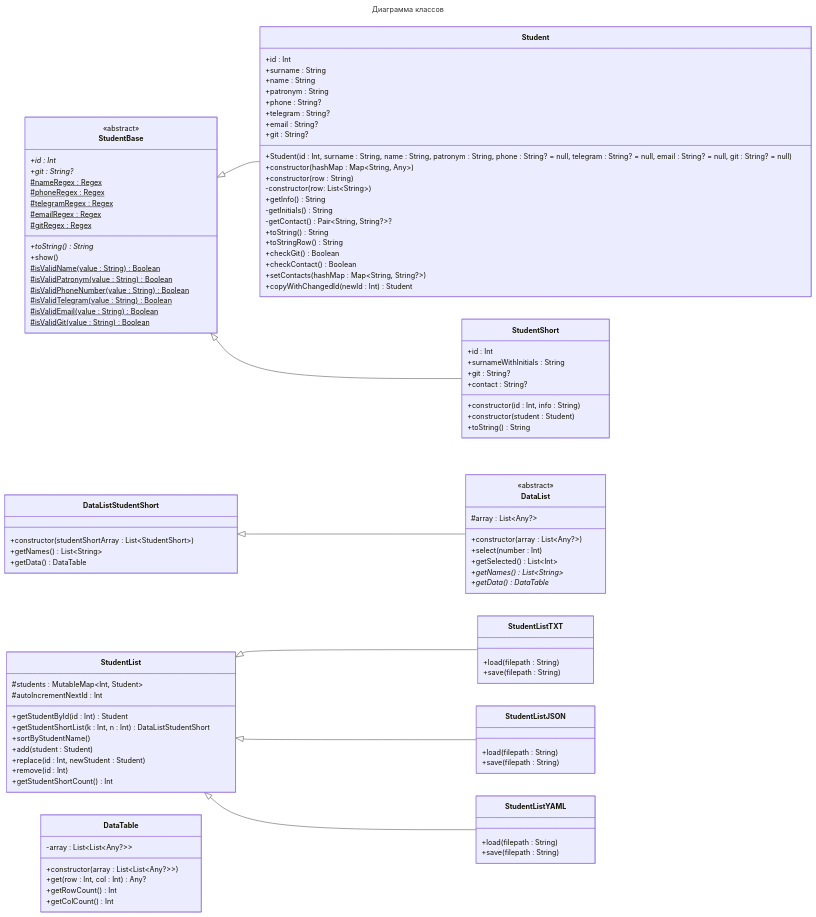
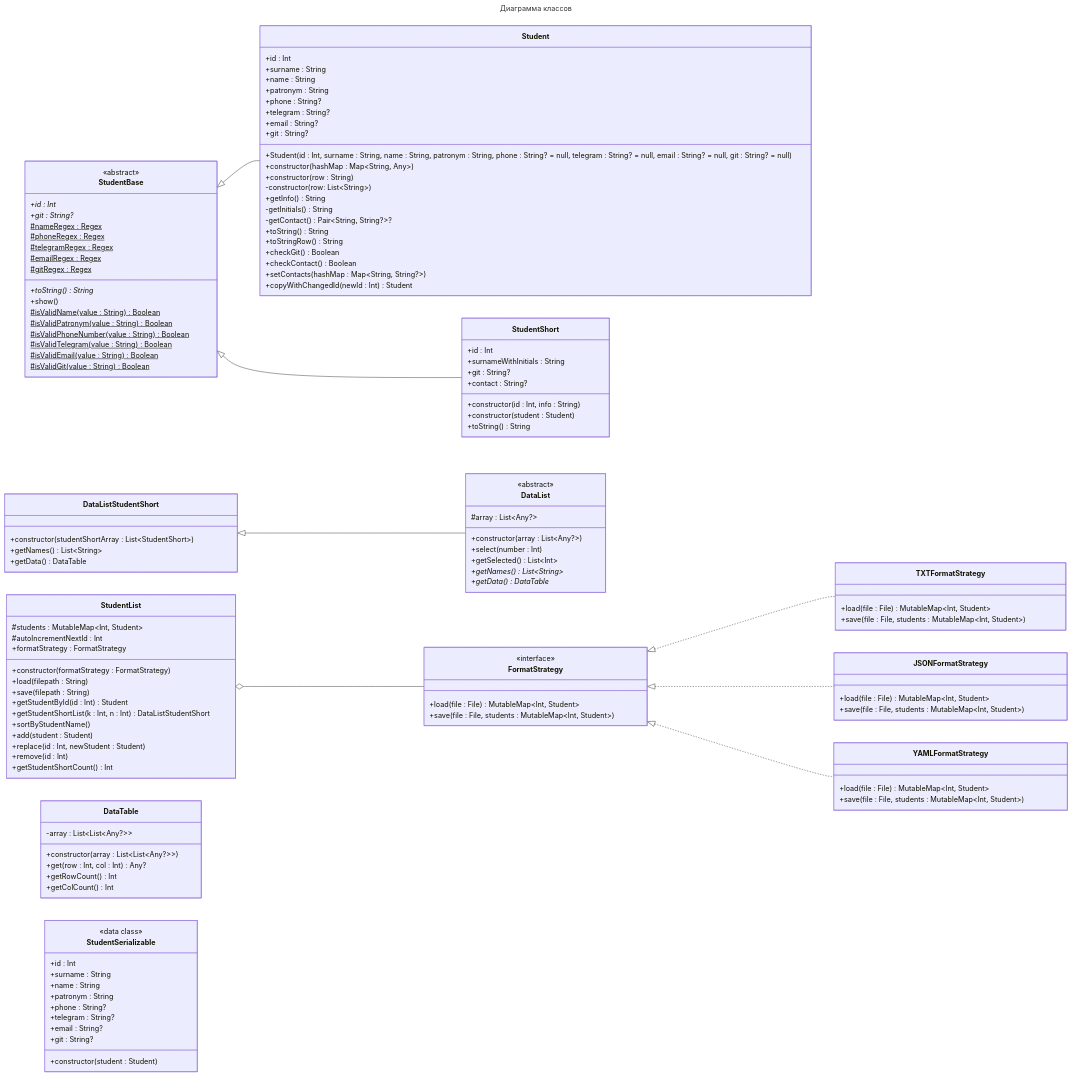
One commit to ARTEZON/Patterns changed the diagram in README.md. Above: the diagram before and after it, drawn with Mermaid.

Commit message:
Отмечены изменения в диаграмме классов

````diff
--- a/README.md
+++ b/README.md
@@ -9,9 +9,10 @@
     StudentBase <|-- Student
     StudentBase <|-- StudentShort
     DataListStudentShort <|-- DataList
-    StudentList <|-- StudentListTXT
-    StudentList <|-- StudentListJSON
-    StudentList <|-- StudentListYAML
+    StudentList o-- FormatStrategy
+    FormatStrategy <|.. TXTFormatStrategy
+    FormatStrategy <|.. JSONFormatStrategy
+    FormatStrategy <|.. YAMLFormatStrategy
     class StudentBase{
         <<abstract>>
         +id : Int*
@@ -86,6 +87,10 @@
     class StudentList{
         #students : MutableMap~Int, Student~
         #autoIncrementNextId : Int
+        +formatStrategy : FormatStrategy
+        +constructor(formatStrategy : FormatStrategy)
+        +load(filepath : String)
+        +save(filepath : String)
         +getStudentById(id : Int) Student
         +getStudentShortList(k : Int, n : Int) DataListStudentShort
         +sortByStudentName()
@@ -94,16 +99,33 @@
         +remove(id : Int)
         +getStudentShortCount() Int
     }
-    class StudentListTXT{
-        +load(filepath : String)
-        +save(filepath : String)
+    class StudentSerializable{
+        <<data class>>
+        +id : Int
+        +surname : String
+        +name : String
+        +patronym : String
+        +phone : String?
+        +telegram : String?
+        +email : String?
+        +git : String?
+        +constructor(student : Student)
     }
-    class StudentListJSON{
-        +load(filepath : String)
-        +save(filepath : String)
+    class FormatStrategy{
+        <<interface>>
+        +load(file : File) MutableMap~Int, Student~
+        +save(file : File, students : MutableMap~Int, Student~)
     }
-    class StudentListYAML{
-        +load(filepath : String)
-        +save(filepath : String)
+    class TXTFormatStrategy{
+        +load(file : File) MutableMap~Int, Student~
+        +save(file : File, students : MutableMap~Int, Student~)
+    }
+    class JSONFormatStrategy{
+        +load(file : File) MutableMap~Int, Student~
+        +save(file : File, students : MutableMap~Int, Student~)
+    }
+    class YAMLFormatStrategy{
+        +load(file : File) MutableMap~Int, Student~
+        +save(file : File, students : MutableMap~Int, Student~)
     }
 ```
````
